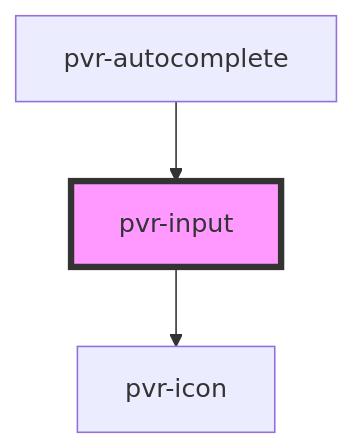
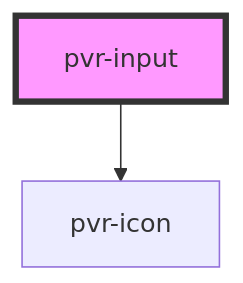
One commit to pvrobays/pvr-components changed the diagram in packages/pvr-components/src/components/pvr-input/readme.md. Above: the diagram before and after it, drawn with Mermaid. The commit also changed other lines of this file and 3 other files, not shown here.

````diff
--- a/packages/pvr-components/src/components/pvr-input/readme.md
+++ b/packages/pvr-components/src/components/pvr-input/readme.md
@@ -34,6 +30,5 @@
 ```mermaid
 graph TD;
   pvr-input --> pvr-icon
-  pvr-autocomplete --> pvr-input
   style pvr-input fill:#f9f,stroke:#333,stroke-width:4px
 ```
````
